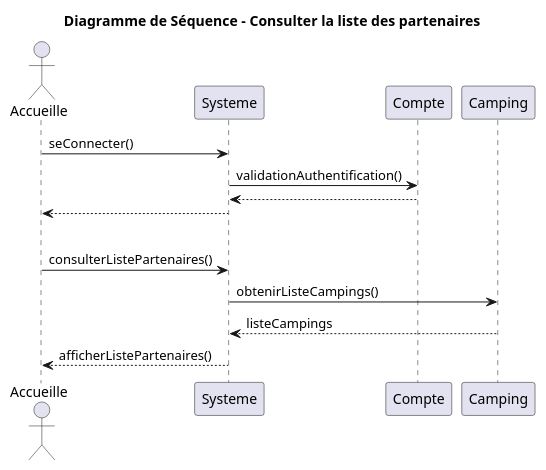
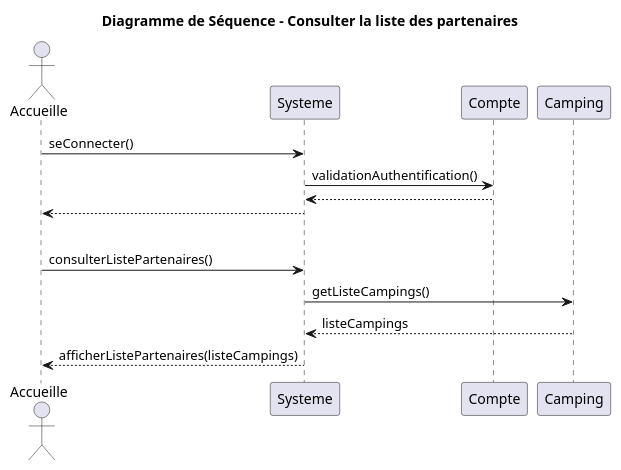
The diagram in UML/Diagramme_séquence_consulter_liste_partenaires.puml (Egario54/ProjetClubNautique), drawn with PlantUML before and after one commit. The commit also changed 13 other files, not shown here.

First line of the commit message:
Ajout du diagramme de classe

```diff
--- a/UML/Diagramme_séquence_consulter_liste_partenaires.puml
+++ b/UML/Diagramme_séquence_consulter_liste_partenaires.puml
@@ -1,22 +1,22 @@
 @startuml
 title Diagramme de Séquence - Consulter la liste des partenaires
 actor Accueille
 participant Systeme
 participant Compte
 participant Camping
 
 'Connexion à un compte'
 Accueille -> Systeme: seConnecter()
 Systeme -> Compte: validationAuthentification()
 return
 Systeme --> Accueille
 
 'Séparation'
 |||
 
 'Consulter la liste des partenaires'
 Accueille -> Systeme: consulterListePartenaires()
-    Systeme -> Camping: obtenirListeCampings()
-    Camping --> Systeme: listeCampings
-    Systeme --> Accueille: afficherListePartenaires()
+Systeme -> Camping: getListeCampings()
+Camping --> Systeme: listeCampings
+Systeme --> Accueille: afficherListePartenaires(listeCampings)
 @enduml
```
